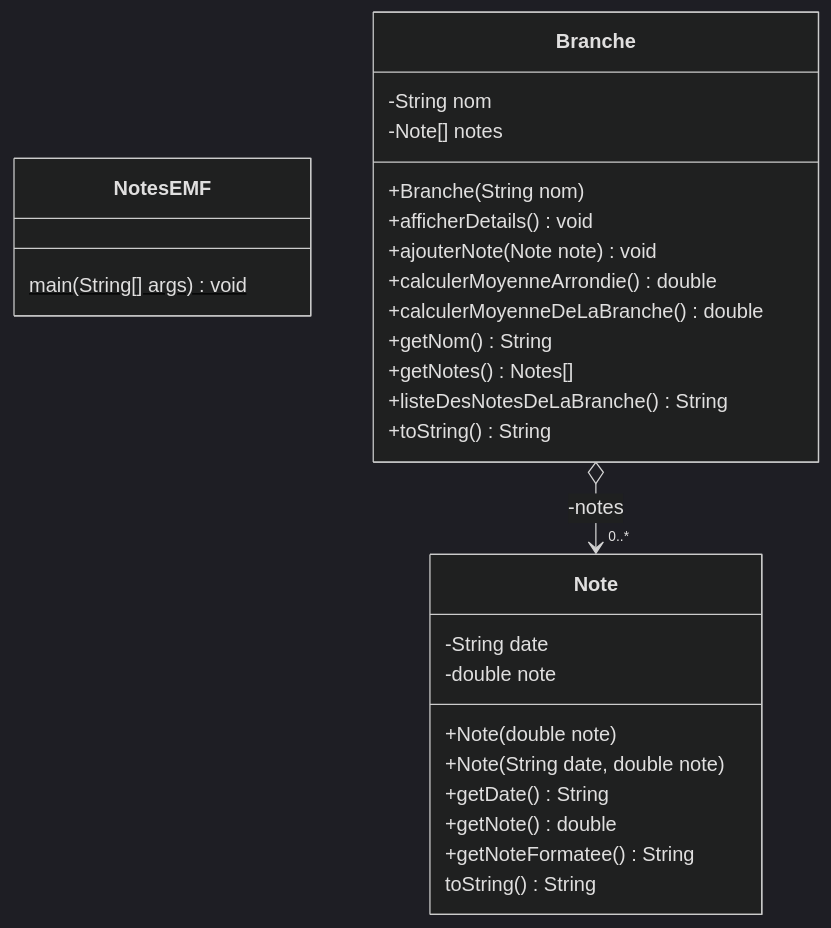
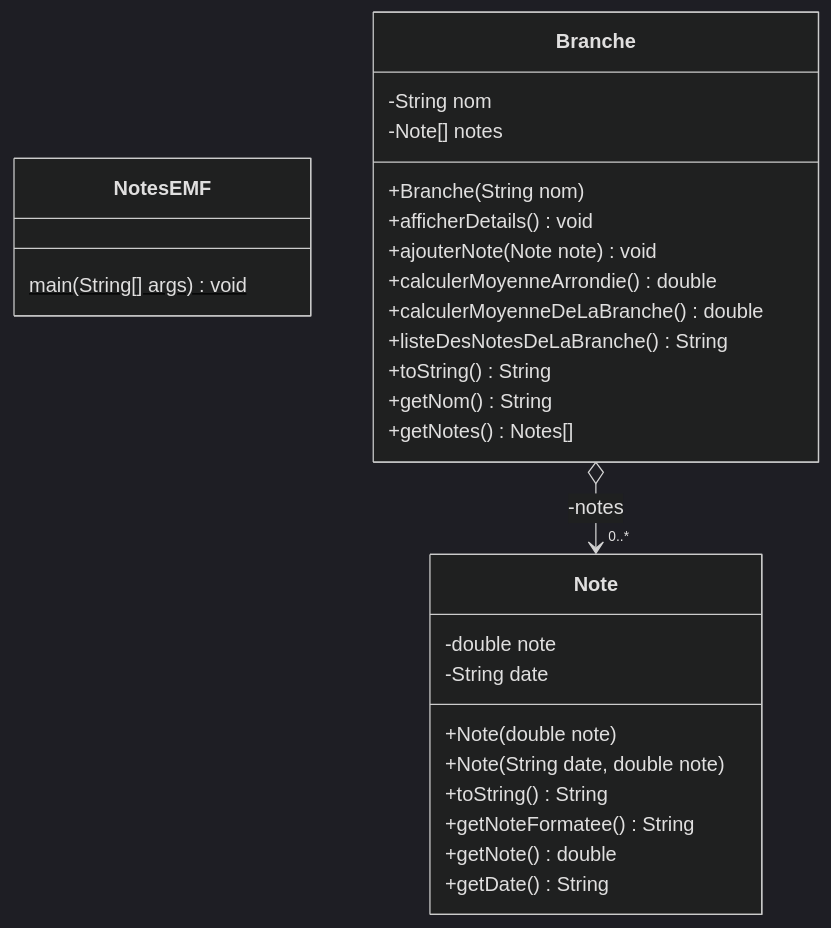
The first of 3 diagrams in README.md (emf-info-d400/Ex06-NotesEMF), drawn with Mermaid (dark theme) before and after one commit. The commit also changed other lines of this file, not shown here.

Commit message:
Corrections diagrammes pour affichage et ordre des éléments de classe

````diff
--- a/README.md
+++ b/README.md
@@ -27,33 +27,33 @@
 ```mermaid
 classDiagram
 
 class NotesEMF {
     main(String[] args) void$
 }
 
 class Branche {
     -String nom
     -Note[] notes
     +Branche(String nom)
     +afficherDetails() void
     +ajouterNote(Note note) void
     +calculerMoyenneArrondie() double
     +calculerMoyenneDeLaBranche() double
+    +listeDesNotesDeLaBranche() String
+    +toString() String
     +getNom() String
     +getNotes() Notes[]
-    +listeDesNotesDeLaBranche() String
-    +toString() String
 }
 
 class Note {
+    -double note
     -String date
-    -double note
     +Note(double note)
     +Note(String date, double note)
+    +toString() String
+    +getNoteFormatee() String
+    +getNote() double
     +getDate() String
-    +getNote() double
-    +getNoteFormatee() String
-    toString() String
 }
 Branche o--> "0..*" Note : -notes
 ```
````
